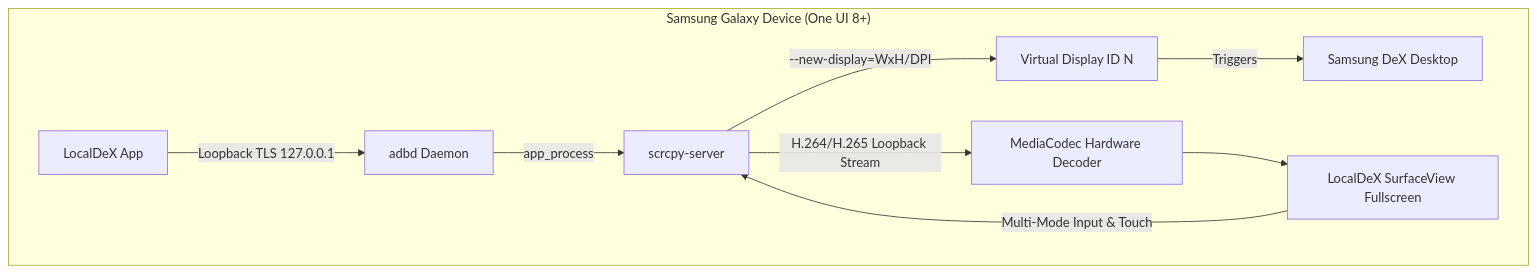
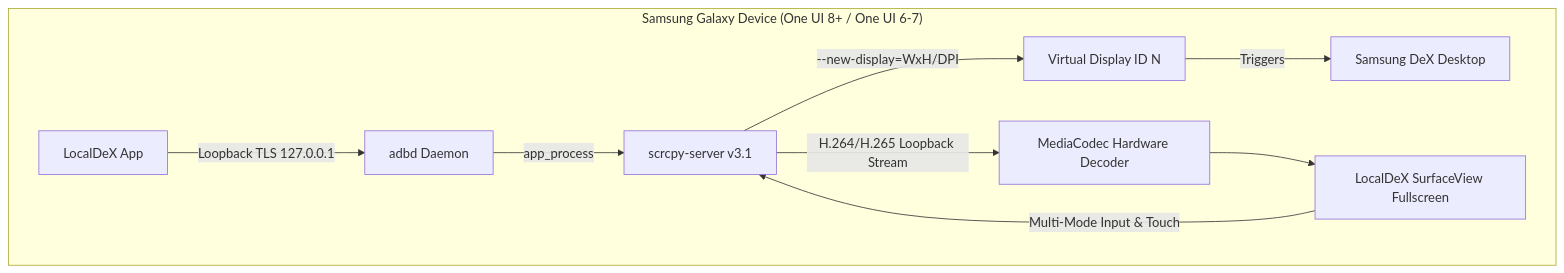
One commit to ssdarealest/LocalDeX changed the diagram in README.md. Above: the diagram before and after it, drawn with Mermaid. The commit also changed other lines of this file, not shown here.

````diff
--- a/README.md
+++ b/README.md
@@ -9,12 +11,12 @@
 ```mermaid
 flowchart TD
-    subgraph Device ["Samsung Galaxy Device (One UI 8+)"]
+    subgraph Device ["Samsung Galaxy Device (One UI 8+ / One UI 6-7)"]
         A[LocalDeX App] -->|Loopback TLS 127.0.0.1| B[adbd Daemon]
-        B -->|app_process| C[scrcpy-server]
+        B -->|app_process| C[scrcpy-server v3.1]
         C -->|--new-display=WxH/DPI| D[Virtual Display ID N]
         D -->|Triggers| E[Samsung DeX Desktop]
         C -->|H.264/H.265 Loopback Stream| F[MediaCodec Hardware Decoder]
         F --> G[LocalDeX SurfaceView Fullscreen]
         G -->|Multi-Mode Input & Touch| C
     end
 ```
````
